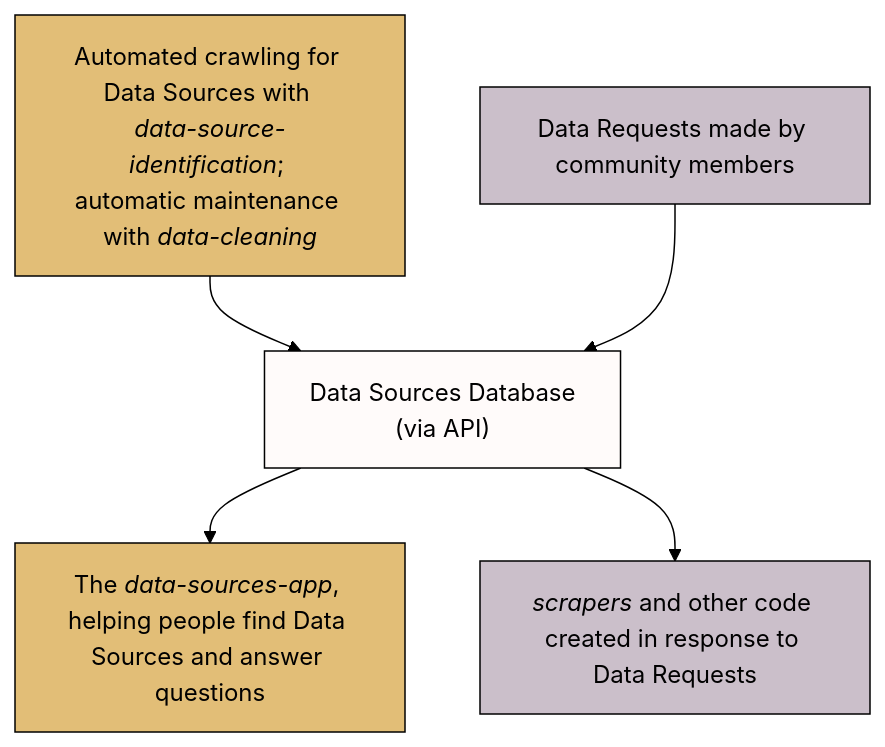
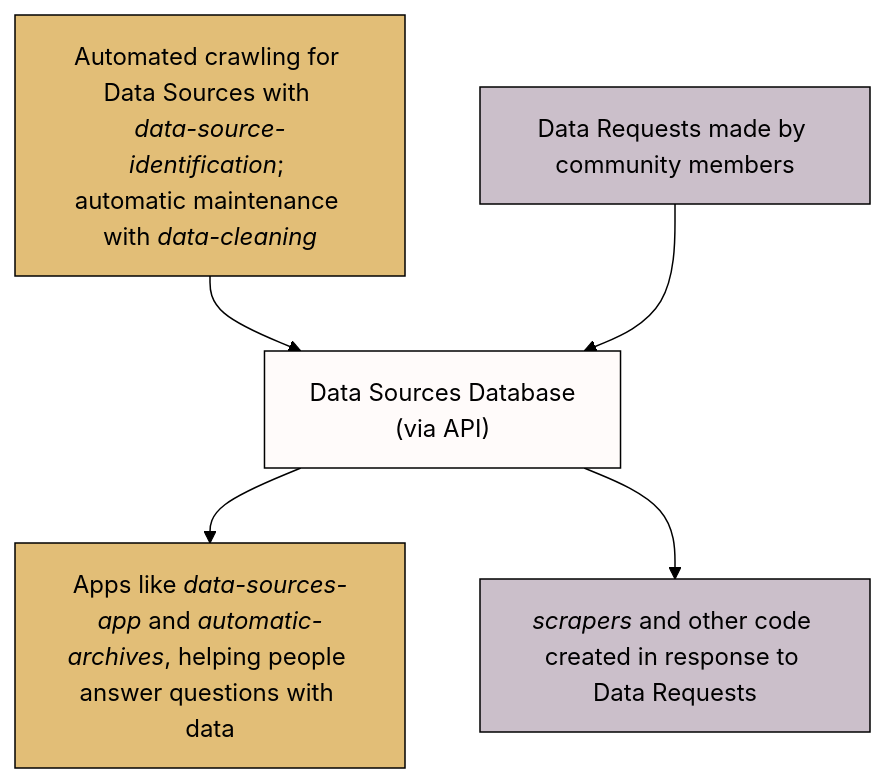
The diagram in profile/README.md (Police-Data-Accessibility-Project/.github), drawn with Mermaid (forest theme) before and after one commit. The commit also changed other lines of this file, not shown here.

````diff
--- a/profile/README.md
+++ b/profile/README.md
@@ -20,26 +20,26 @@
 ```mermaid %% Here's a guide to mermaid syntax: https://mermaid.js.org/syntax/flowchart.html
 
 %%{ init: {
     'flowchart': {'curve': 'basis'}
   } }%%
 
 flowchart TD
 
 classDef white fill:#fffbfa,stroke:black
 classDef purple fill:#cbbfca,stroke:black
 classDef gold fill:#e2be77,stroke:black
 
 requests["`Data Requests made by community members`"]:::purple
 automation["`Automated crawling for Data Sources with 
 *data-source-identification*; 
 automatic maintenance with *data-cleaning*`"]:::gold
 db["`Data Sources Database 
 (via API)`"]:::white
+app["`Apps like *data-sources-app* and *automatic-archives*, helping people answer questions with data`"]:::gold
 scrapers["`*scrapers* and other code created in response to Data Requests`"]:::purple
-app["`The *data-sources-app*, helping people find Data Sources and answer questions`"]:::gold
 
 automation --> db;
 db --> app;
-requests --> db 
+requests --> db; 
 db --> scrapers
 ```
````
